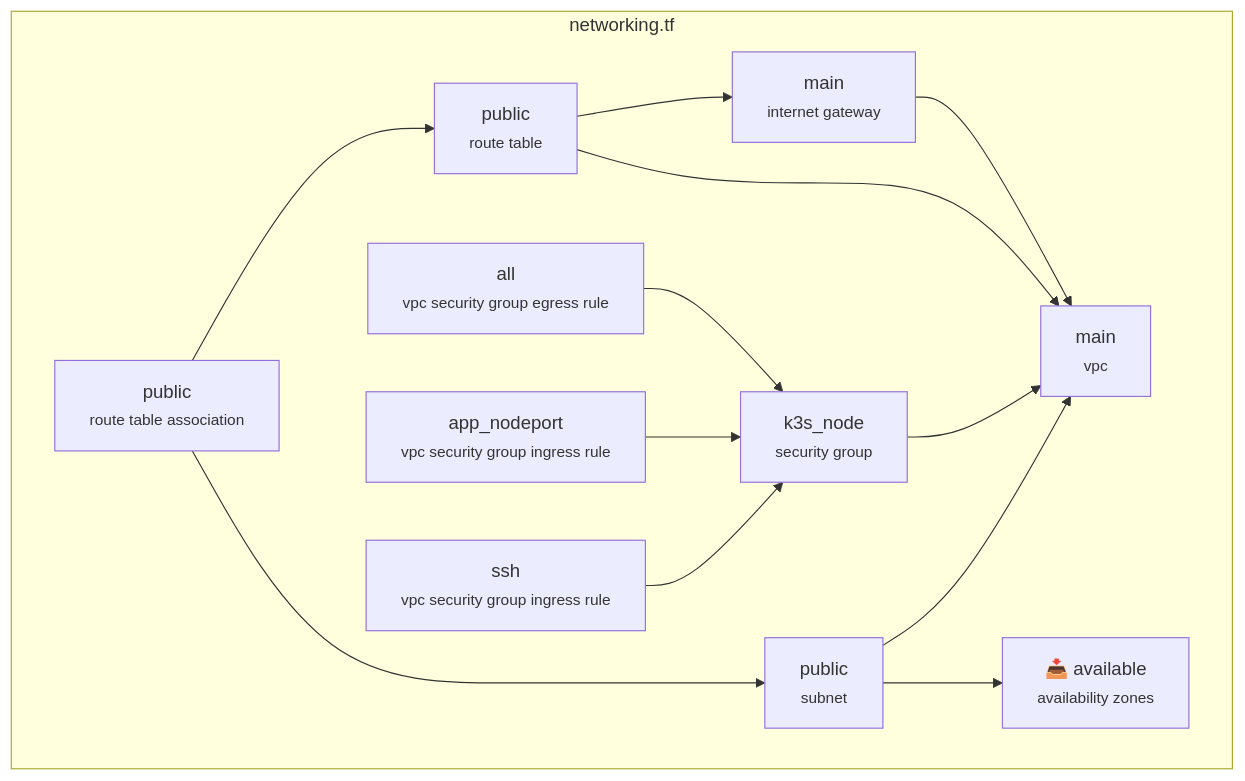
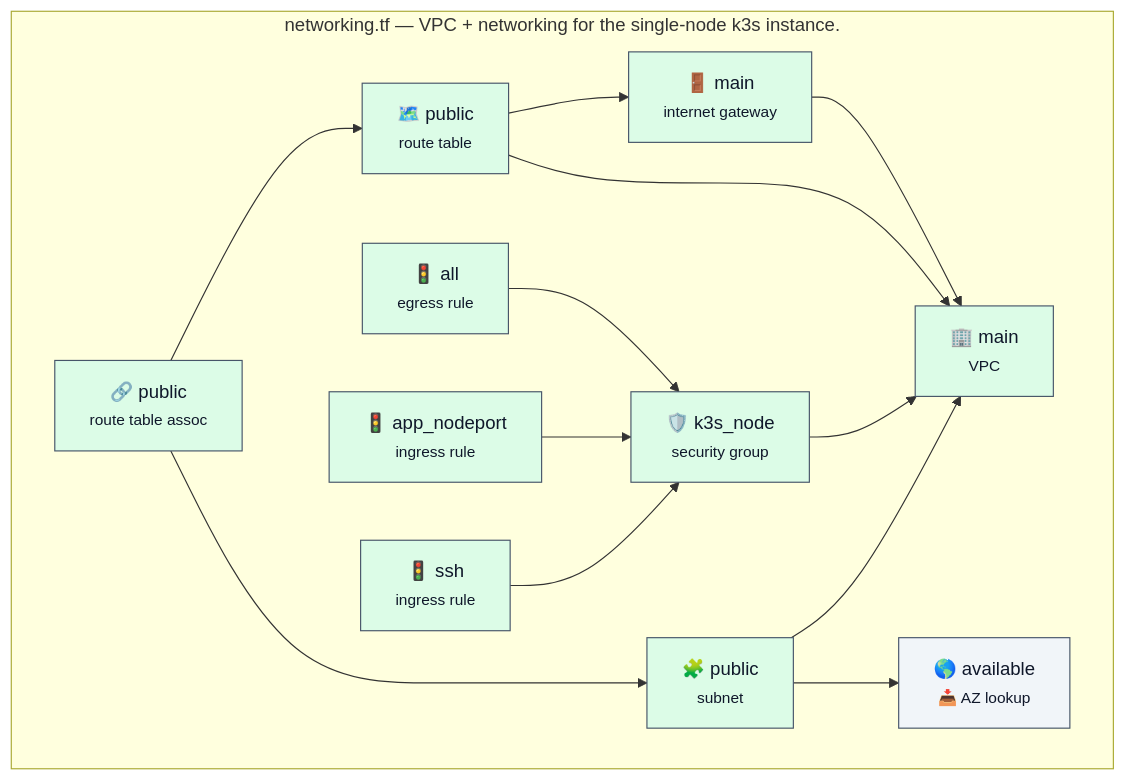
One commit to macamp0328/liner-notes changed the diagram in infra/diagrams/per-file/networking.mmd. Above: the diagram before and after it, drawn with Mermaid. The commit also changed 11 other files, not shown here.

First line of the commit message:
docs(diagrams): enrich per-file Mermaid + redesign request-flow (#149)

```diff
--- a/infra/diagrams/per-file/networking.mmd
+++ b/infra/diagrams/per-file/networking.mmd
@@ -1,27 +1,29 @@
 %% Auto-generated by scripts/diagrams/generate.ts — do not edit by hand.
 %% Source: infra/terraform/networking.tf
 flowchart LR
-  subgraph this["networking.tf"]
+  classDef networking fill:#dcfce7,stroke:#475569,color:#0f172a
+  classDef other fill:#f1f5f9,stroke:#475569,color:#0f172a
+  subgraph this["networking.tf — VPC + networking for the single-node k3s instance."]
     direction LR
-    aws_vpc_main["main<br/><small>vpc</small>"]
-    aws_internet_gateway_main["main<br/><small>internet gateway</small>"]
-    data_aws_availability_zones_available["📥 available<br/><small>availability zones</small>"]
-    aws_subnet_public["public<br/><small>subnet</small>"]
-    aws_route_table_public["public<br/><small>route table</small>"]
-    aws_route_table_association_public["public<br/><small>route table association</small>"]
-    aws_security_group_k3s_node["k3s_node<br/><small>security group</small>"]
-    aws_vpc_security_group_ingress_rule_app_nodeport["app_nodeport<br/><small>vpc security group ingress rule</small>"]
-    aws_vpc_security_group_ingress_rule_ssh["ssh<br/><small>vpc security group ingress rule</small>"]
-    aws_vpc_security_group_egress_rule_all["all<br/><small>vpc security group egress rule</small>"]
+    aws_vpc_main["🏢 main<br/><small>VPC</small>"]:::networking
+    aws_internet_gateway_main["🚪 main<br/><small>internet gateway</small>"]:::networking
+    data_aws_availability_zones_available["🌎 available<br/><small>📥 AZ lookup</small>"]:::other
+    aws_subnet_public["🧩 public<br/><small>subnet</small>"]:::networking
+    aws_route_table_public["🗺️ public<br/><small>route table</small>"]:::networking
+    aws_route_table_association_public["🔗 public<br/><small>route table assoc</small>"]:::networking
+    aws_security_group_k3s_node["🛡️ k3s_node<br/><small>security group</small>"]:::networking
+    aws_vpc_security_group_ingress_rule_app_nodeport["🚦 app_nodeport<br/><small>ingress rule</small>"]:::networking
+    aws_vpc_security_group_ingress_rule_ssh["🚦 ssh<br/><small>ingress rule</small>"]:::networking
+    aws_vpc_security_group_egress_rule_all["🚦 all<br/><small>egress rule</small>"]:::networking
   end
   aws_internet_gateway_main --> aws_vpc_main
   aws_route_table_association_public --> aws_route_table_public
   aws_route_table_association_public --> aws_subnet_public
   aws_route_table_public --> aws_internet_gateway_main
   aws_route_table_public --> aws_vpc_main
   aws_security_group_k3s_node --> aws_vpc_main
   aws_subnet_public --> aws_vpc_main
   aws_subnet_public --> data_aws_availability_zones_available
   aws_vpc_security_group_egress_rule_all --> aws_security_group_k3s_node
   aws_vpc_security_group_ingress_rule_app_nodeport --> aws_security_group_k3s_node
   aws_vpc_security_group_ingress_rule_ssh --> aws_security_group_k3s_node
```
